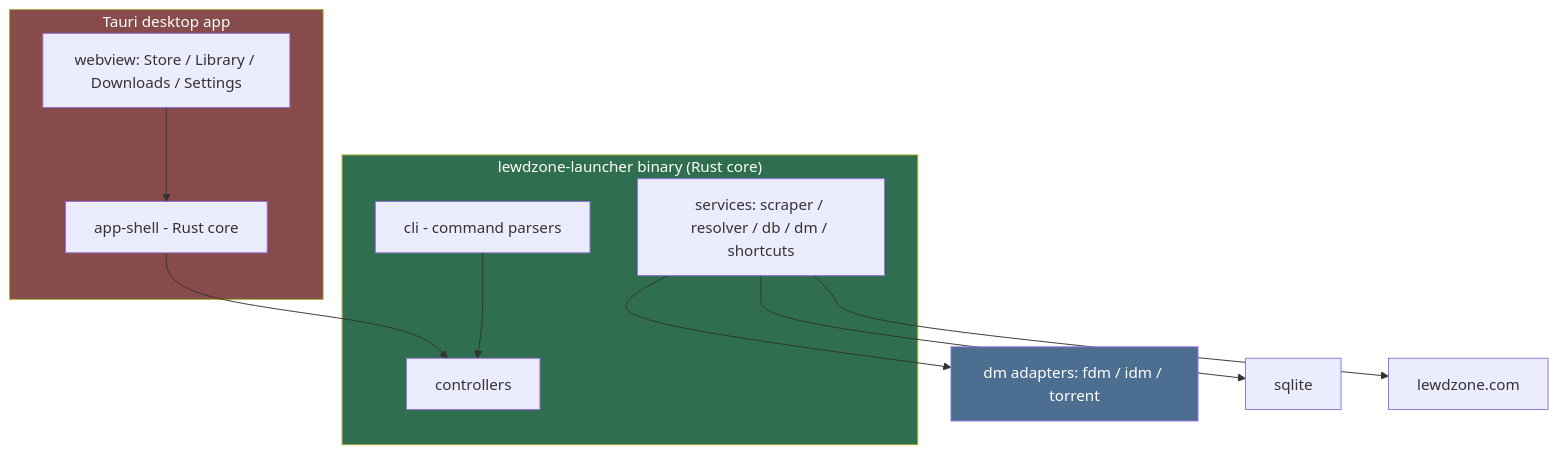
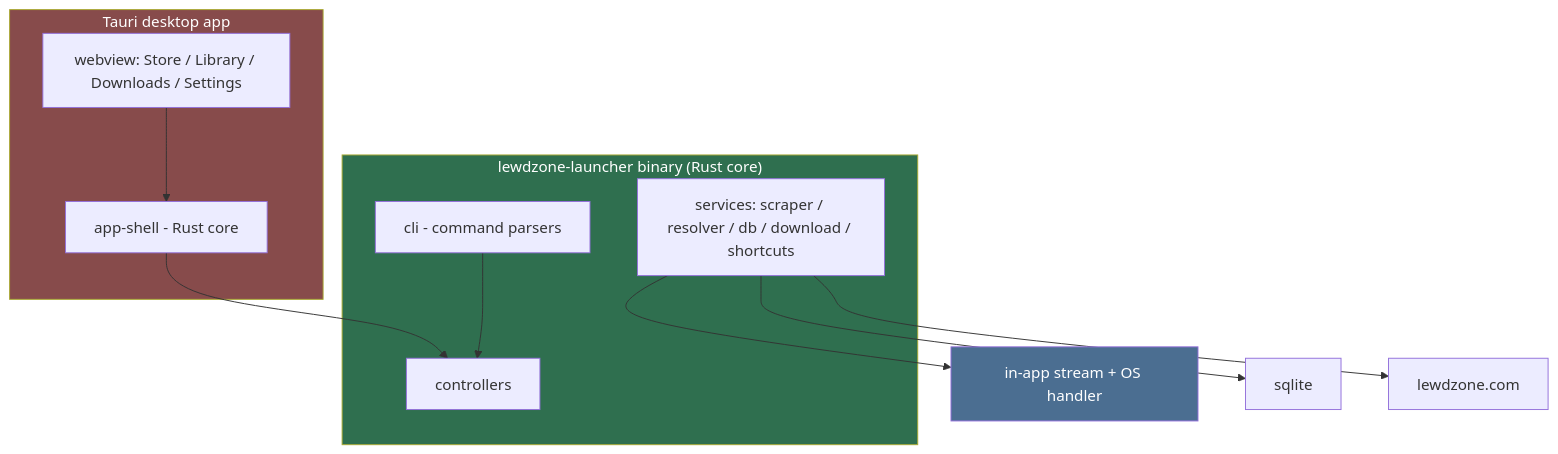
The second of 3 diagrams in .agents/agents/architect/architect.md (HELIX-Origin/LewdZone-Launcher), drawn with Mermaid before and after one commit. The commit also changed other lines of this file and 19 other files, not shown here.

````diff
--- a/.agents/agents/architect/architect.md
+++ b/.agents/agents/architect/architect.md
@@ -146,22 +142,22 @@
 ```mermaid
 flowchart TD
     subgraph BIN["lewdzone-launcher binary (Rust core)"]
         CLIF["cli - command parsers"]
         CTL[controllers]
-        SVC["services: scraper / resolver / db / dm / shortcuts"]
+        SVC["services: scraper / resolver / db / download / shortcuts"]
     end
     subgraph APP["Tauri desktop app"]
         SH[app-shell - Rust core]
         WV["webview: Store / Library / Downloads / Settings"]
     end
     WV --> SH
     SH --> CTL
     CLIF --> CTL
-    SVC --> DM["dm adapters: fdm / idm / torrent"]
+    SVC --> DM["in-app stream + OS handler"]
     SVC --> SQL["sqlite"]
     SVC --> SITE["lewdzone.com"]
 
     style BIN fill:#2f6f4f,color:#fff
     style APP fill:#874b4b,color:#fff
     style DM fill:#4b6e91,color:#fff
 ```
````
